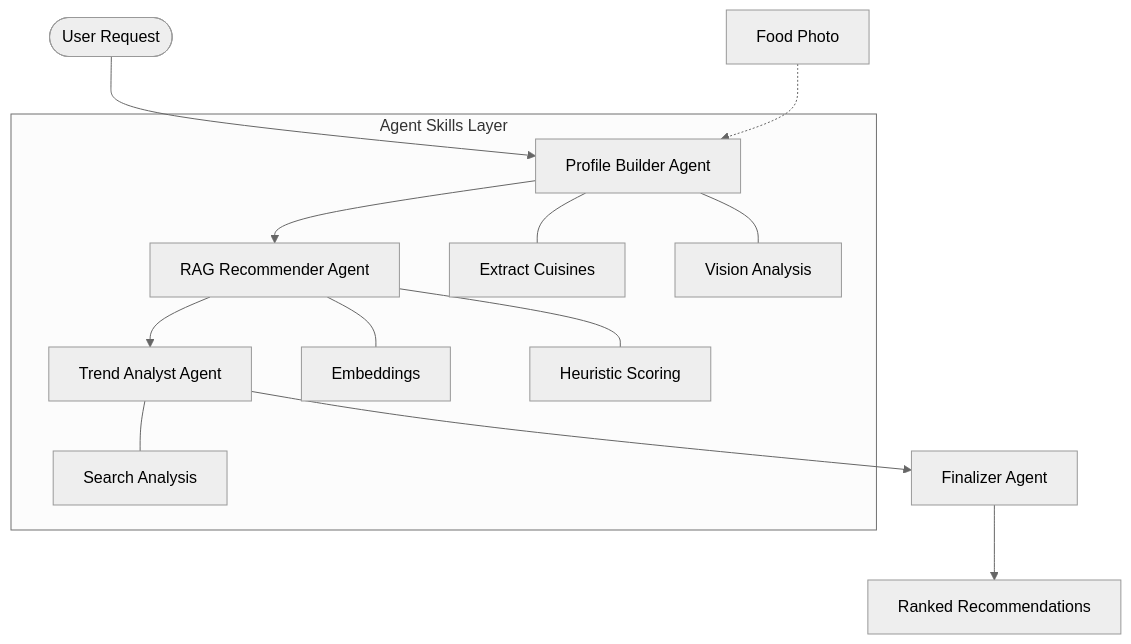
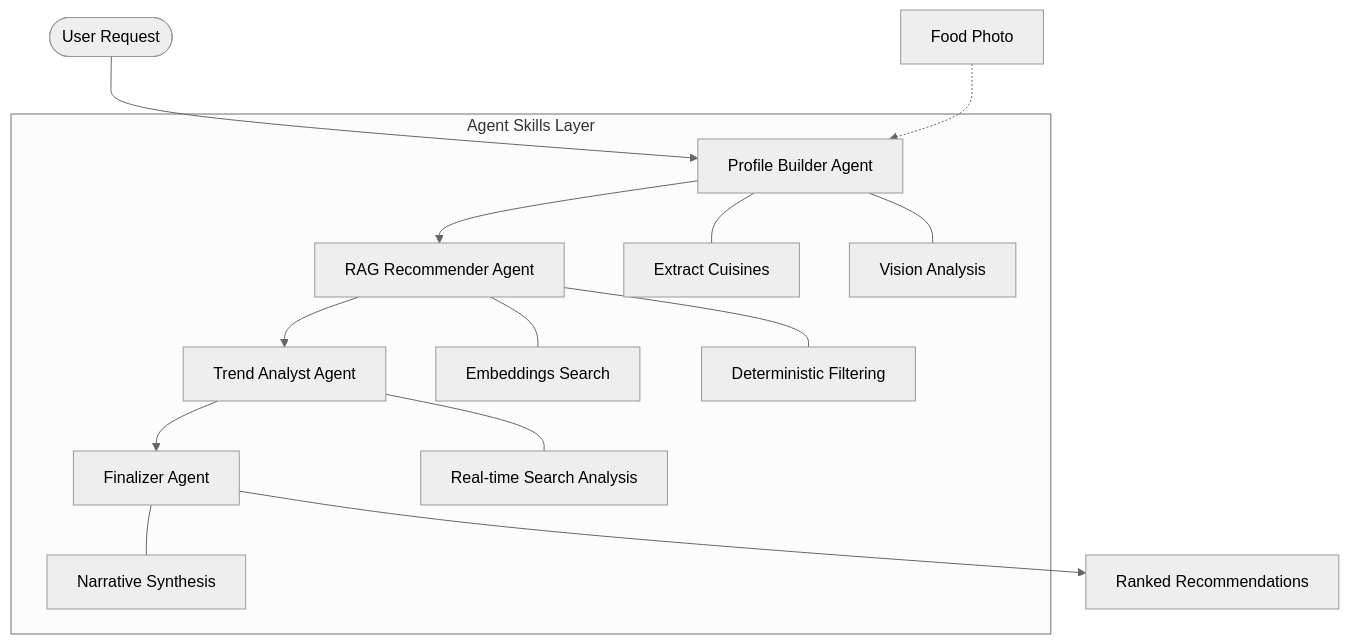
One commit to darshil0/DineAI changed the diagram in DESIGN.md. Above: the diagram before and after it, drawn with Mermaid (neutral theme). The commit also changed other lines of this file, not shown here.

````diff
--- a/DESIGN.md
+++ b/DESIGN.md
@@ -9,17 +9,19 @@
 ```mermaid
 graph TD
     User([User Request]) --> PB[Profile Builder Agent]
     Image[Food Photo] -.-> PB
     PB --> RR[RAG Recommender Agent]
     RR --> TA[Trend Analyst Agent]
     TA --> FA[Finalizer Agent]
     FA --> Output[Ranked Recommendations]
     
     subgraph "Agent Skills Layer"
     PB --- SK1[Extract Cuisines]
     PB --- SK2[Vision Analysis]
-    RR --- SK3[Embeddings]
-    RR --- SK4[Heuristic Scoring]
-    TA --- SK5[Search Analysis]
+    RR --- SK3[Embeddings Search]
+    RR --- SK4[Deterministic Filtering]
+    TA --- SK5[Real-time Search Analysis]
+    FA --- SK6[Narrative Synthesis]
     end
+
 ```
````
